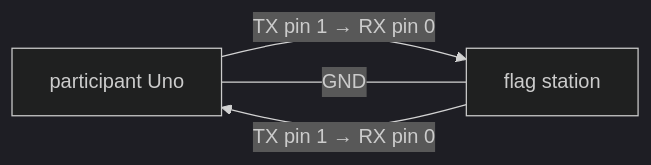
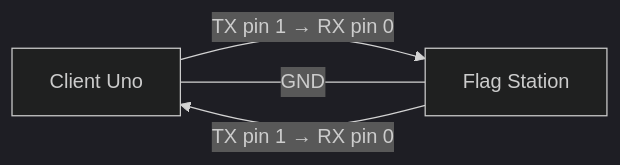
The first of 9 diagrams in README.md (PatchyBitz/uno-flag-station), drawn with Mermaid (dark theme) before and after one commit. The commit also changed other lines of this file, not shown here.

````diff
--- a/README.md
+++ b/README.md
@@ -21,6 +20,6 @@
 ```mermaid
 flowchart LR
-  Part[participant Uno] -->|"TX pin 1 → RX pin 0"| Station[flag station]
+  Part[Client Uno] -->|"TX pin 1 → RX pin 0"| Station[Flag Station]
   Station -->|"TX pin 1 → RX pin 0"| Part
   Part ---|GND| Station
 ```
````
